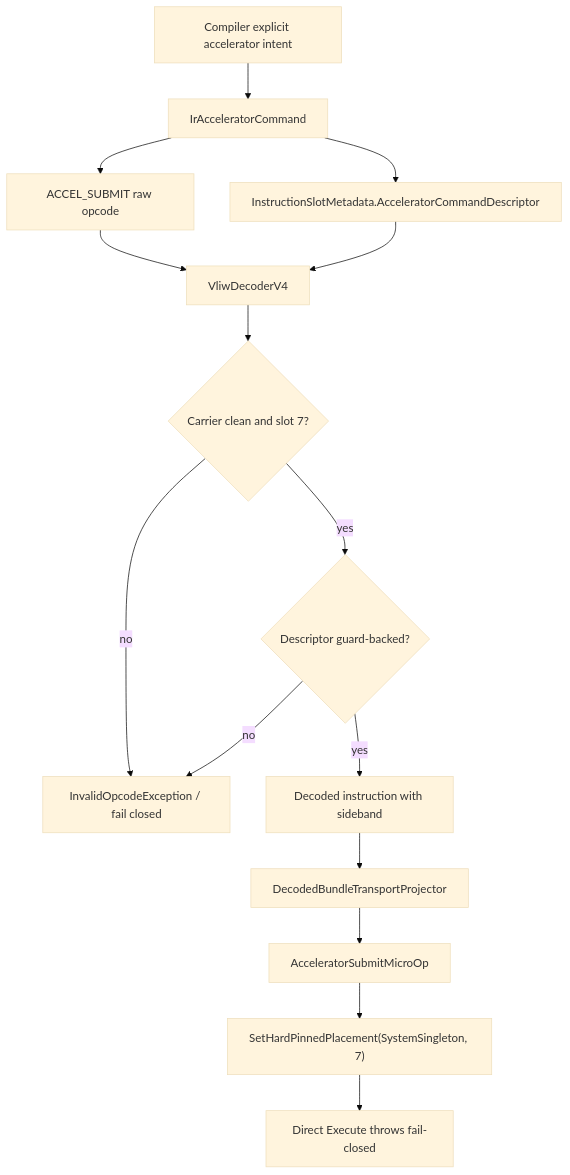
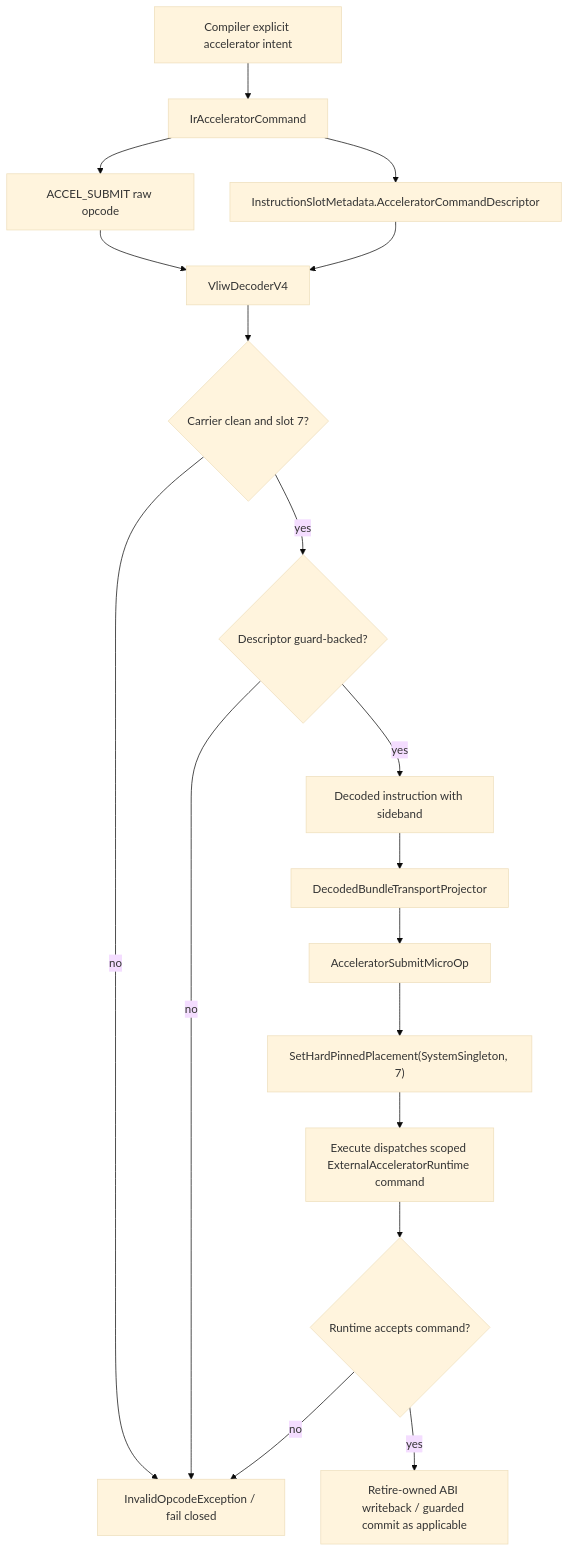
Before and after one commit to yuriyyak23/HybridCPU-v2: the diagram in Documentation/Stream WhiteBook/ExternalAccelerators/Diagrams/01_Lane_Placement_And_Carrier_Flow.md, drawn with Mermaid (base theme). The commit also changed other lines of this file and 1360 other files, not shown here.

````diff
--- a/Documentation/Stream WhiteBook/ExternalAccelerators/Diagrams/01_Lane_Placement_And_Carrier_Flow.md
+++ b/Documentation/Stream WhiteBook/ExternalAccelerators/Diagrams/01_Lane_Placement_And_Carrier_Flow.md
@@ -6,17 +8,20 @@
 ```mermaid
 flowchart TD
     A["Compiler explicit accelerator intent"] --> B["IrAcceleratorCommand"]
     B --> C["ACCEL_SUBMIT raw opcode"]
     B --> D["InstructionSlotMetadata.AcceleratorCommandDescriptor"]
     C --> E["VliwDecoderV4"]
     D --> E
     E --> F{"Carrier clean and slot 7?"}
     F -- no --> R["InvalidOpcodeException / fail closed"]
     F -- yes --> G{"Descriptor guard-backed?"}
     G -- no --> R
     G -- yes --> H["Decoded instruction with sideband"]
     H --> I["DecodedBundleTransportProjector"]
     I --> J["AcceleratorSubmitMicroOp"]
     J --> K["SetHardPinnedPlacement(SystemSingleton, 7)"]
-    K --> L["Direct Execute throws fail-closed"]
+    K --> L["Execute dispatches scoped ExternalAcceleratorRuntime command"]
+    L --> M{"Runtime accepts command?"}
+    M -- no --> R
+    M -- yes --> N["Retire-owned ABI writeback / guarded commit as applicable"]
 ```
````
